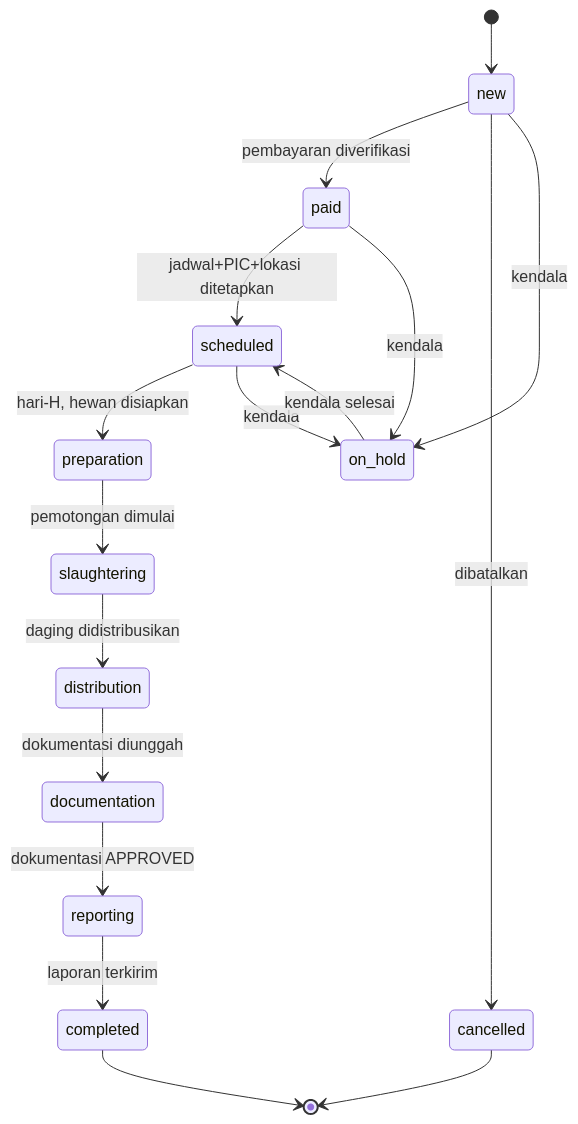
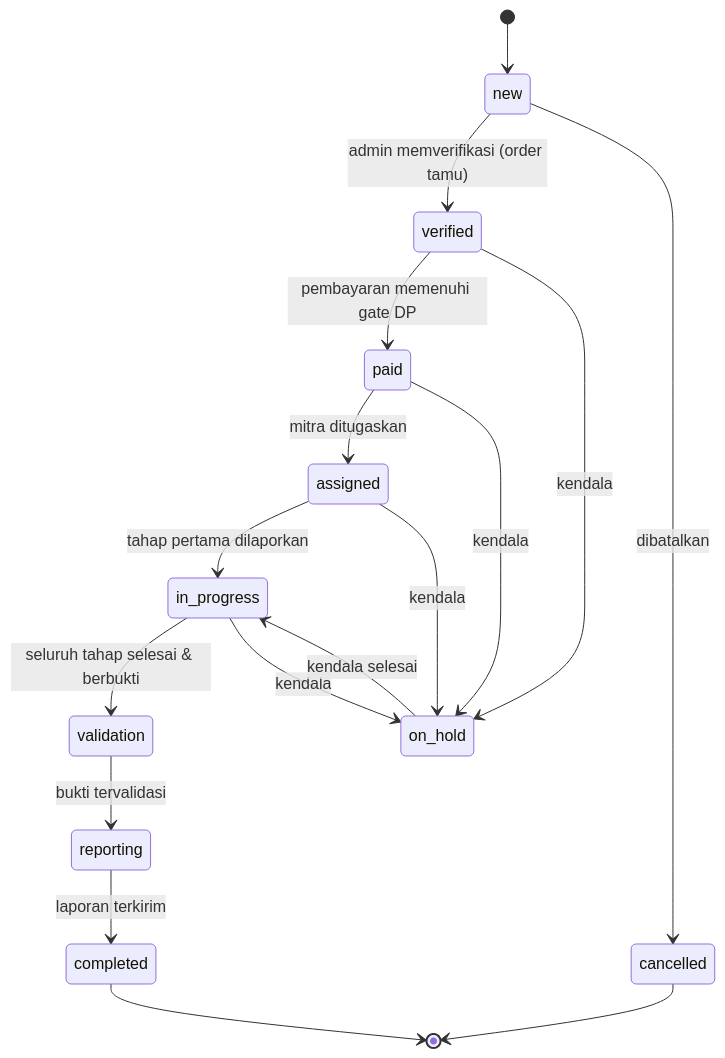
One commit to aiagent-zs/suksesaqiqah1 changed the second of 5 diagrams in docs/08_WORKFLOW_MAP.md. Above: the diagram before and after it, drawn with Mermaid. The commit also changed other lines of this file and 5 other files, not shown here.

````diff
--- a/docs/08_WORKFLOW_MAP.md
+++ b/docs/08_WORKFLOW_MAP.md
@@ -31,19 +37,19 @@
 ```mermaid
 stateDiagram-v2
     [*] --> new
-    new --> paid: pembayaran diverifikasi
+    new --> verified: admin memverifikasi (order tamu)
+    verified --> paid: pembayaran memenuhi gate DP
+    paid --> assigned: mitra ditugaskan
+    assigned --> in_progress: tahap pertama dilaporkan
+    in_progress --> validation: seluruh tahap selesai & berbukti
+    validation --> reporting: bukti tervalidasi
+    reporting --> completed: laporan terkirim
     new --> cancelled: dibatalkan
-    paid --> scheduled: jadwal+PIC+lokasi ditetapkan
-    scheduled --> preparation: hari-H, hewan disiapkan
-    preparation --> slaughtering: pemotongan dimulai
-    slaughtering --> distribution: daging didistribusikan
-    distribution --> documentation: dokumentasi diunggah
-    documentation --> reporting: dokumentasi APPROVED
-    reporting --> completed: laporan terkirim
-    new --> on_hold: kendala
+    verified --> on_hold: kendala
     paid --> on_hold: kendala
-    scheduled --> on_hold: kendala
-    on_hold --> scheduled: kendala selesai
+    assigned --> on_hold: kendala
+    in_progress --> on_hold: kendala
+    on_hold --> in_progress: kendala selesai
     completed --> [*]
     cancelled --> [*]
 ```
````
